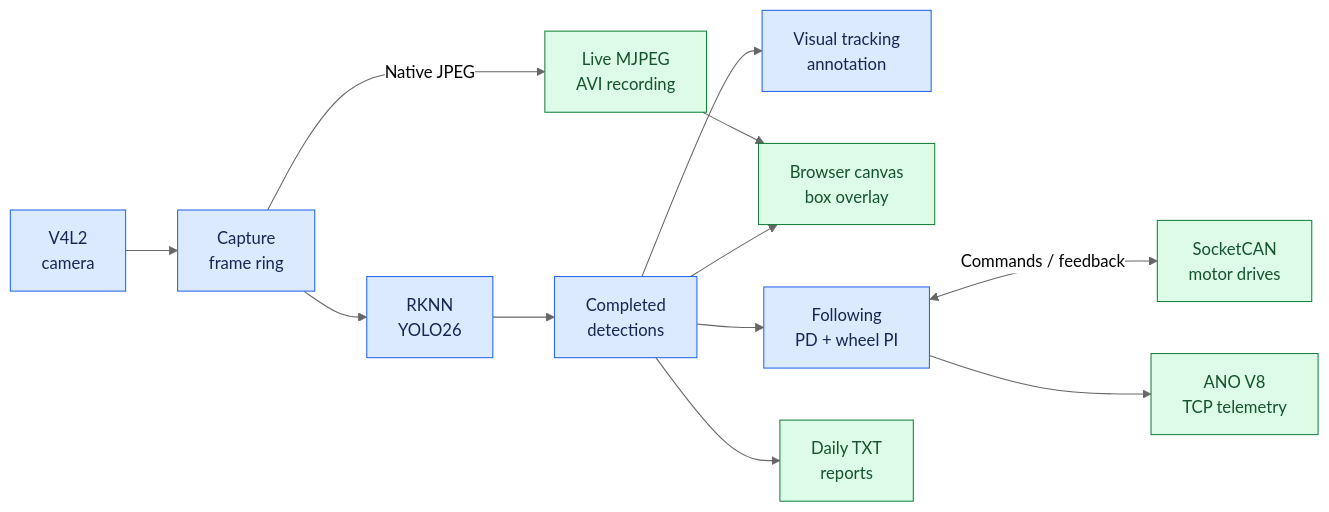
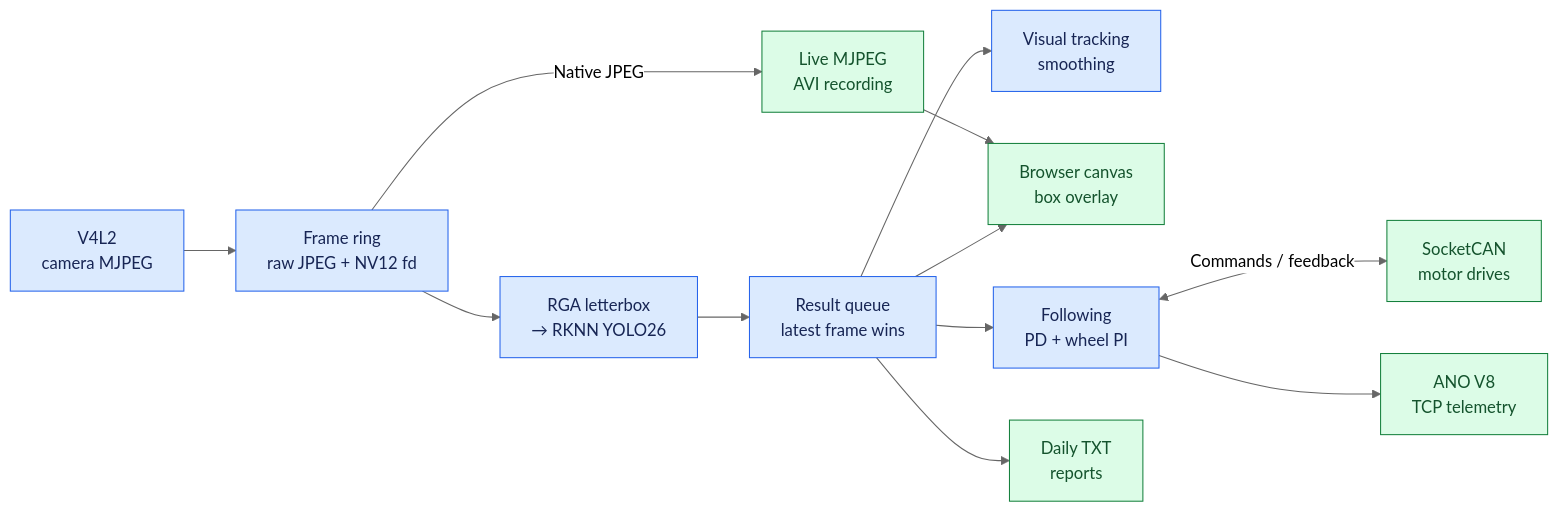
Before and after one commit to qianruo-orange/autonomous-driving-car: the first of 3 diagrams in README.md, drawn with Mermaid (neutral theme). The commit also changed other lines of this file, not shown here.

````diff
--- a/README.md
+++ b/README.md
@@ -19,18 +65,18 @@
 ```mermaid
 flowchart LR
-    Camera["V4L2<br/>camera"] --> Frames["Capture<br/>frame ring"]
-    Frames --> YOLO["RKNN<br/>YOLO26"]
-    Frames -->|Native JPEG| Video["Live MJPEG<br/>AVI recording"]
-    YOLO --> Results["Completed<br/>detections"]
-    Results --> Visual["Visual tracking<br/>annotation"]
+    Camera["V4L2<br/>camera MJPEG"] --> Ring["Frame ring<br/>raw JPEG + NV12 fd"]
+    Ring --> YOLO["RGA letterbox<br/>→ RKNN YOLO26"]
+    Ring -->|Native JPEG| Video["Live MJPEG<br/>AVI recording"]
+    YOLO --> Results["Result queue<br/>latest frame wins"]
+    Results --> Track["Visual tracking<br/>smoothing"]
     Results --> Overlay["Browser canvas<br/>box overlay"]
     Video --> Overlay
     Results --> Follow["Following<br/>PD + wheel PI"]
     Follow <-->|Commands / feedback| CAN["SocketCAN<br/>motor drives"]
     Results --> Reports["Daily TXT<br/>reports"]
     Follow --> ANO["ANO V8<br/>TCP telemetry"]
     classDef process fill:#dbeafe,stroke:#2563eb,color:#172554
     classDef output fill:#dcfce7,stroke:#15803d,color:#14532d
-    class Camera,Frames,YOLO,Results,Visual,Follow process
+    class Camera,Ring,YOLO,Results,Track,Follow process
     class Video,Overlay,CAN,Reports,ANO output
 ```
````
